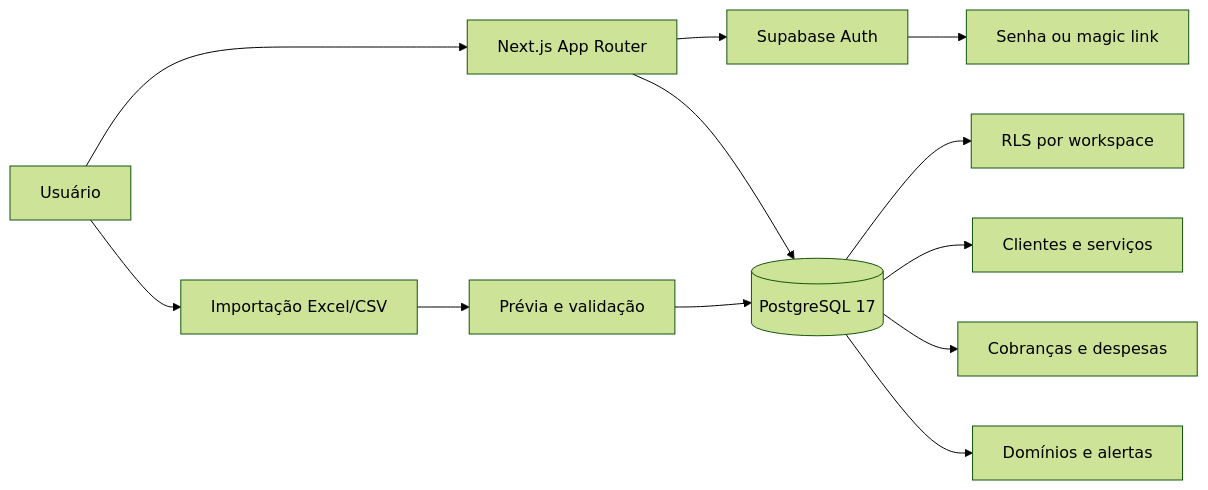
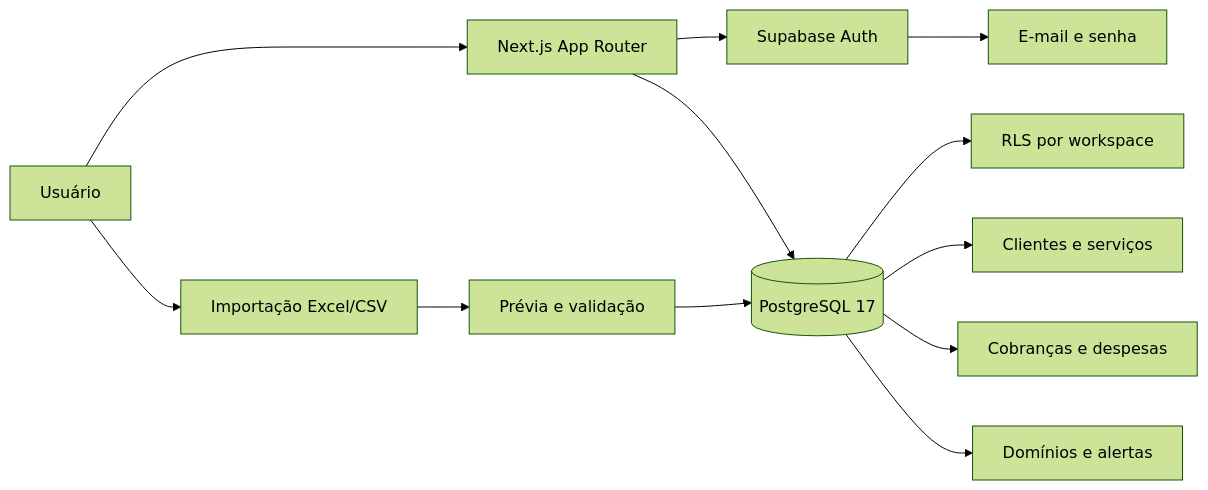
The diagram in README.md (RDEsley/Fate-Light), drawn with Mermaid (forest theme) before and after one commit. The commit also changed other lines of this file and 8 other files, not shown here.

Commit message:
fix: stabilize auth and billing flows

````diff
--- a/README.md
+++ b/README.md
@@ -179,14 +179,14 @@
 ```mermaid
 flowchart LR
     U[Usuário] --> N[Next.js App Router]
     N --> A[Supabase Auth]
     N --> D[(PostgreSQL 17)]
-    A --> M[Senha ou magic link]
+    A --> M[E-mail e senha]
     D --> R[RLS por workspace]
     D --> F[Clientes e serviços]
     D --> C[Cobranças e despesas]
     D --> O[Domínios e alertas]
     U --> I[Importação Excel/CSV]
     I --> V[Prévia e validação]
     V --> D
 ```
````
